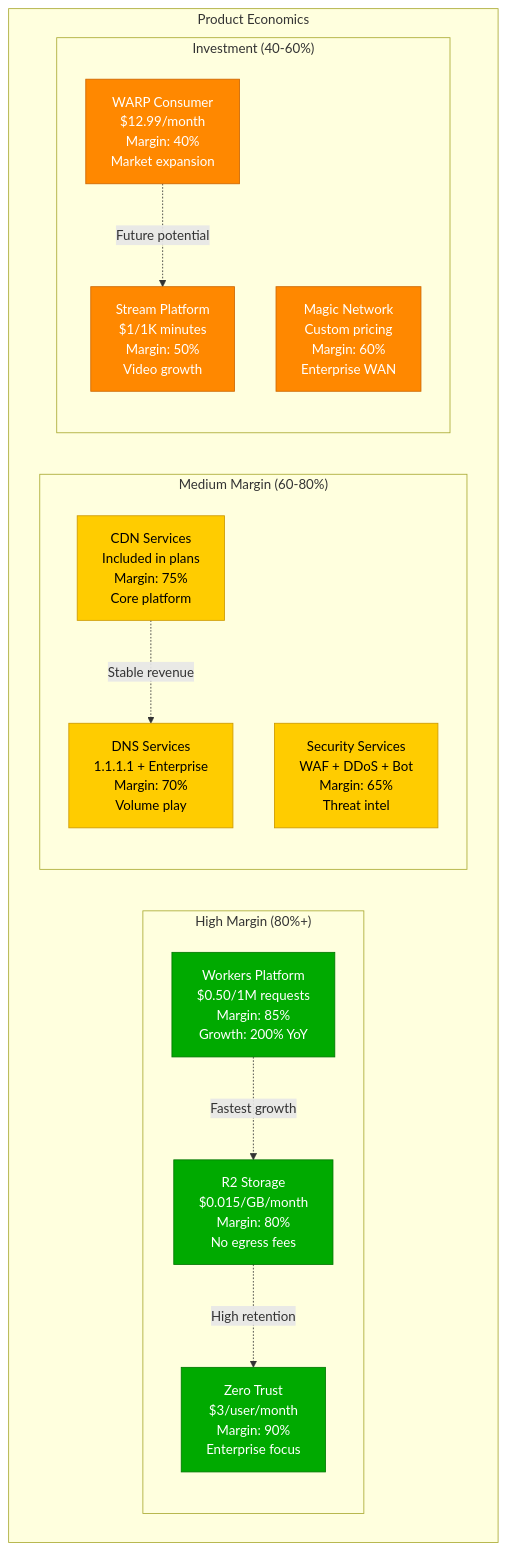
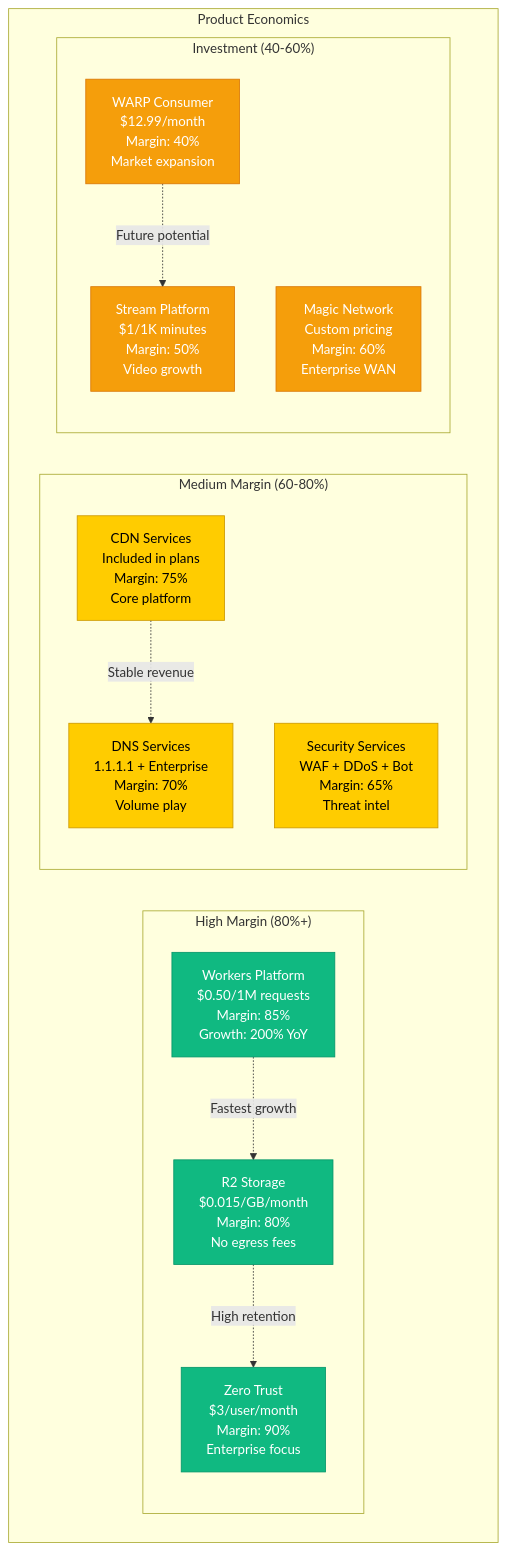
One commit to deepaucksharma/DS changed the fourth of 8 diagrams in site/docs/systems/cloudflare/cost-breakdown.md. Above: the diagram before and after it, drawn with Mermaid. The commit also changed other lines of this file and 303 other files, not shown here.

````diff
--- a/site/docs/systems/cloudflare/cost-breakdown.md
+++ b/site/docs/systems/cloudflare/cost-breakdown.md
@@ -190,37 +190,37 @@
 ```mermaid
 graph TB
     subgraph "Product Economics"
         subgraph "High Margin (80%+)"
             WORKERS[Workers Platform<br/>$0.50/1M requests<br/>Margin: 85%<br/>Growth: 200% YoY]
             R2[R2 Storage<br/>$0.015/GB/month<br/>Margin: 80%<br/>No egress fees]
             ZERO_TRUST[Zero Trust<br/>$3/user/month<br/>Margin: 90%<br/>Enterprise focus]
         end
 
         subgraph "Medium Margin (60-80%)"
             CDN[CDN Services<br/>Included in plans<br/>Margin: 75%<br/>Core platform]
             DNS[DNS Services<br/>1.1.1.1 + Enterprise<br/>Margin: 70%<br/>Volume play]
             SECURITY[Security Services<br/>WAF + DDoS + Bot<br/>Margin: 65%<br/>Threat intel]
         end
 
         subgraph "Investment (40-60%)"
             WARP[WARP Consumer<br/>$12.99/month<br/>Margin: 40%<br/>Market expansion]
             STREAM[Stream Platform<br/>$1/1K minutes<br/>Margin: 50%<br/>Video growth]
             MAGIC[Magic Network<br/>Custom pricing<br/>Margin: 60%<br/>Enterprise WAN]
         end
     end
 
     %% Growth trajectories
     WORKERS -.->|Fastest growth| R2
     R2 -.->|High retention| ZERO_TRUST
     CDN -.->|Stable revenue| DNS
     WARP -.->|Future potential| STREAM
 
     %% Apply profitability colors
-    classDef highMarginStyle fill:#00AA00,stroke:#007700,color:#fff
+    classDef highMarginStyle fill:#10B981,stroke:#059669,color:#fff
     classDef mediumMarginStyle fill:#FFCC00,stroke:#CC9900,color:#000
-    classDef investmentStyle fill:#FF8800,stroke:#CC6600,color:#fff
+    classDef investmentStyle fill:#F59E0B,stroke:#D97706,color:#fff
 
     class WORKERS,R2,ZERO_TRUST highMarginStyle
     class CDN,DNS,SECURITY mediumMarginStyle
     class WARP,STREAM,MAGIC investmentStyle
 ```
````
